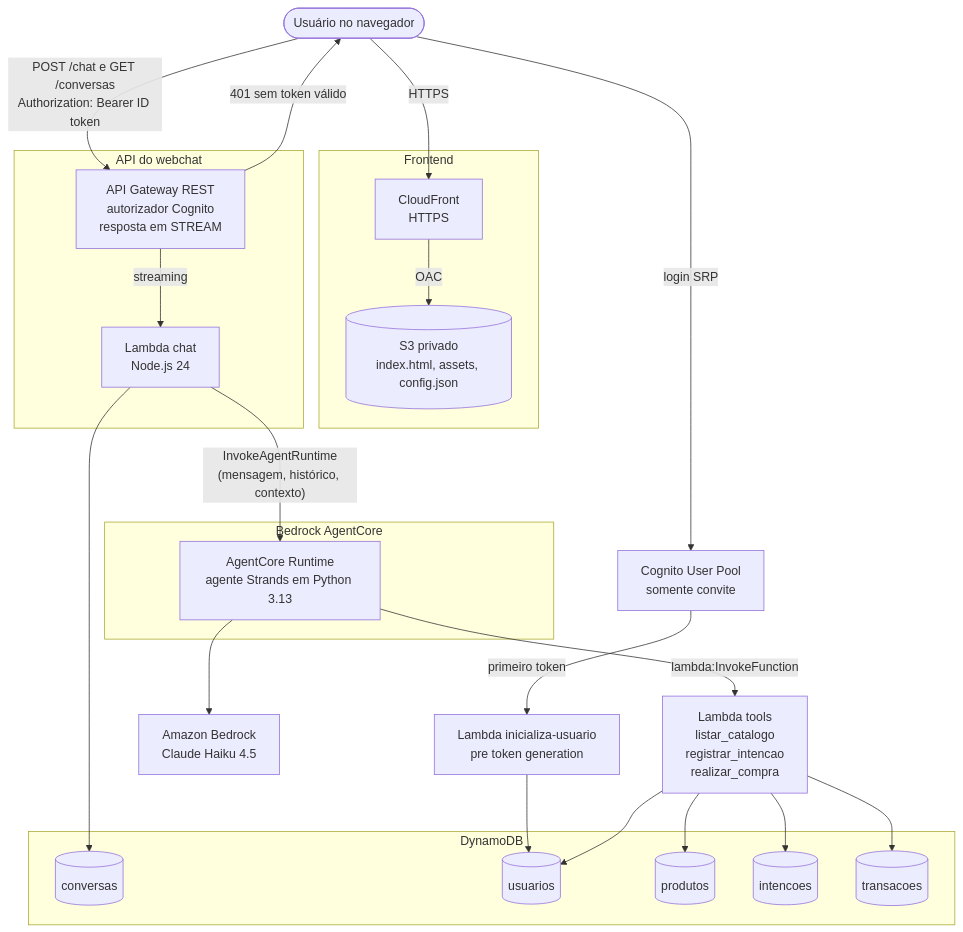
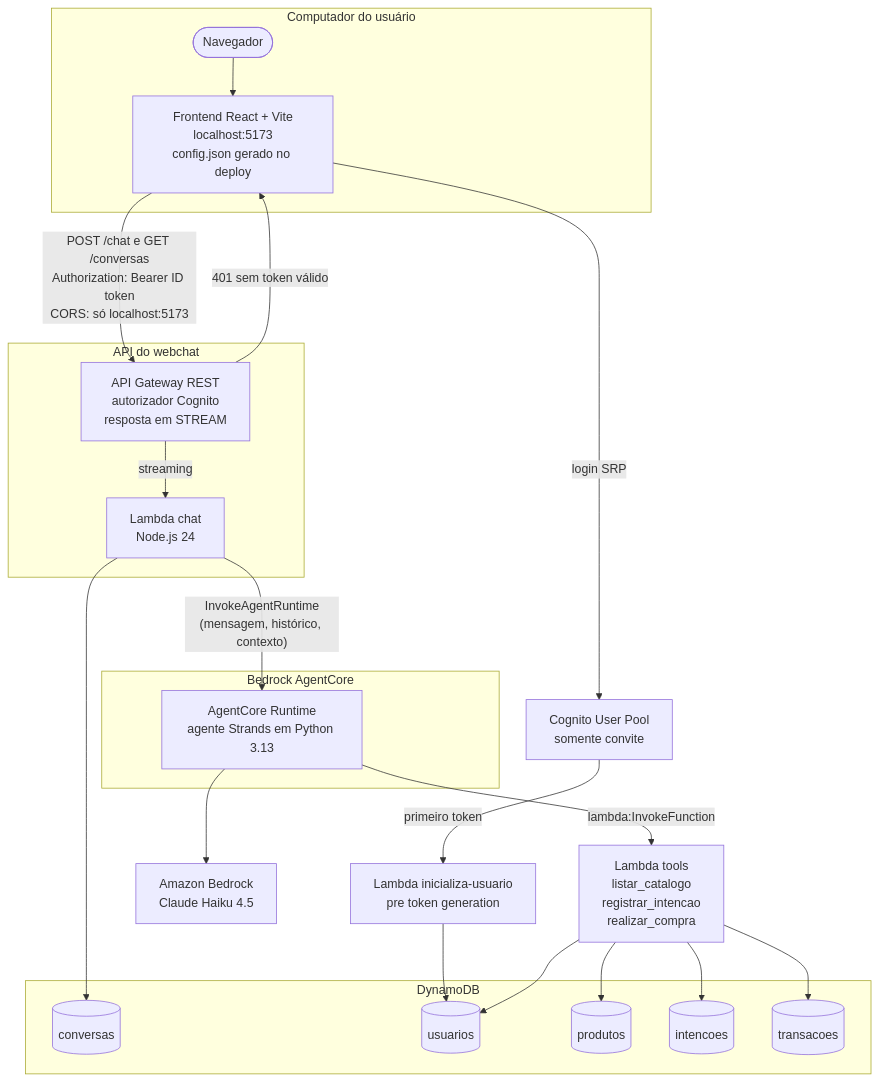
Before and after one commit to FilipeAndrade404/scholarship-fde-agentic-payments-challenges: the diagram in Desafio-1/filipe-andrade/README.md, drawn with Mermaid. The commit also changed other lines of this file, not shown here.

Commit message:
docs: explicar backend na AWS e frontend local

````diff
--- a/Desafio-1/filipe-andrade/README.md
+++ b/Desafio-1/filipe-andrade/README.md
@@ -27,49 +30,46 @@
 ```mermaid
 flowchart TB
-    user([Usuário no navegador])
-
-    subgraph fe[Frontend]
-        cf[CloudFront<br/>HTTPS]
-        s3[(S3 privado<br/>index.html, assets, config.json)]
+    subgraph local[Computador do usuário]
+        user([Navegador])
+        vite[Frontend React + Vite<br/>localhost:5173<br/>config.json gerado no deploy]
     end
 
     cognito[Cognito User Pool<br/>somente convite]
     trigger[Lambda inicializa-usuario<br/>pre token generation]
 
     subgraph api[API do webchat]
         apigw[API Gateway REST<br/>autorizador Cognito<br/>resposta em STREAM]
         chat[Lambda chat<br/>Node.js 24]
     end
 
     subgraph agentcore[Bedrock AgentCore]
         runtime[AgentCore Runtime<br/>agente Strands em Python 3.13]
     end
 
     bedrock[Amazon Bedrock<br/>Claude Haiku 4.5]
     tools[Lambda tools<br/>listar_catalogo<br/>registrar_intencao<br/>realizar_compra]
 
     subgraph ddb[DynamoDB]
         conversas[(conversas)]
         usuarios[(usuarios)]
         produtos[(produtos)]
         intencoes[(intencoes)]
         transacoes[(transacoes)]
     end
 
-    user -- HTTPS --> cf
-    cf -- OAC --> s3
-    user -- login SRP --> cognito
+    user --> vite
+    vite -- login SRP --> cognito
     cognito -- primeiro token --> trigger
     trigger --> usuarios
-    user -- "POST /chat e GET /conversas<br/>Authorization: Bearer ID token" --> apigw
-    apigw -- 401 sem token válido --> user
+    vite -- "POST /chat e GET /conversas<br/>Authorization: Bearer ID token<br/>CORS: só localhost:5173" --> apigw
+    apigw -- 401 sem token válido --> vite
     apigw -- streaming --> chat
     chat --> conversas
     chat -- "InvokeAgentRuntime<br/>(mensagem, histórico, contexto)" --> runtime
     runtime --> bedrock
     runtime -- lambda:InvokeFunction --> tools
     tools --> produtos
     tools --> usuarios
     tools --> intencoes
     tools --> transacoes
 ```
````
